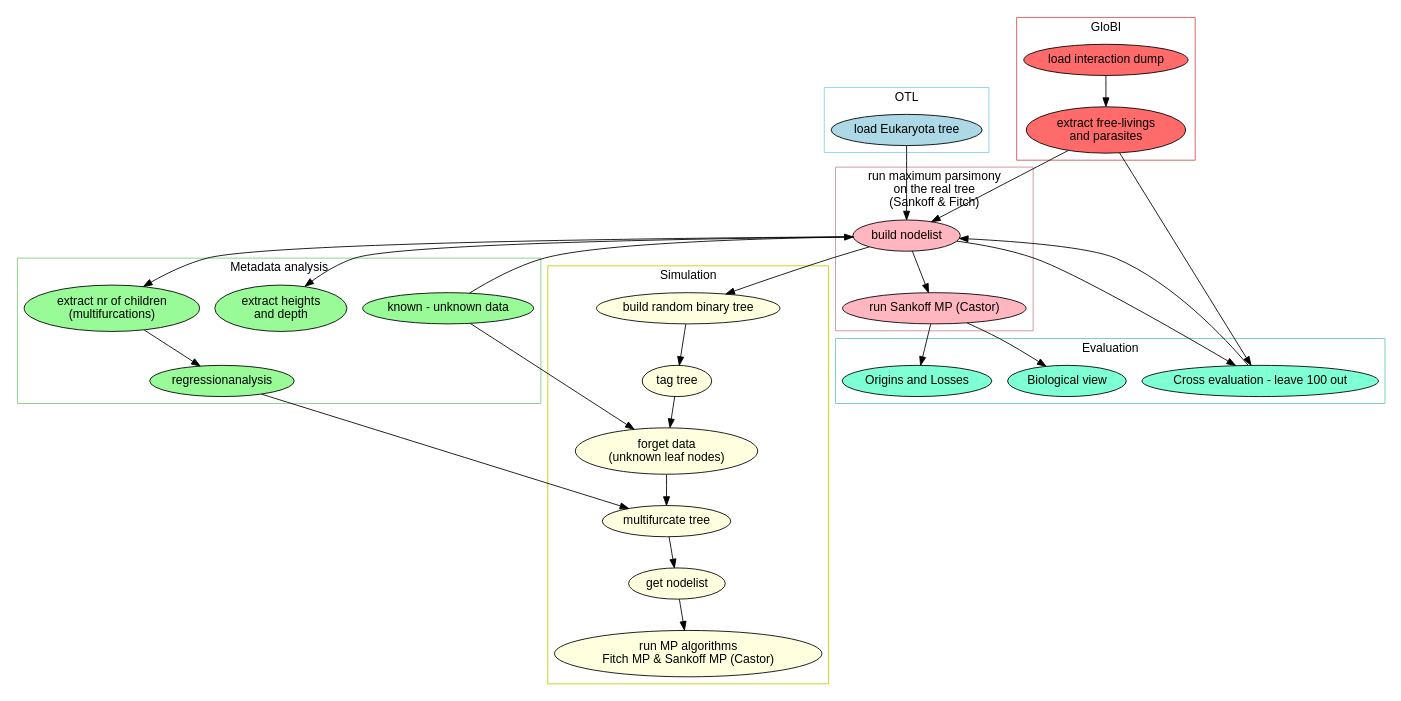
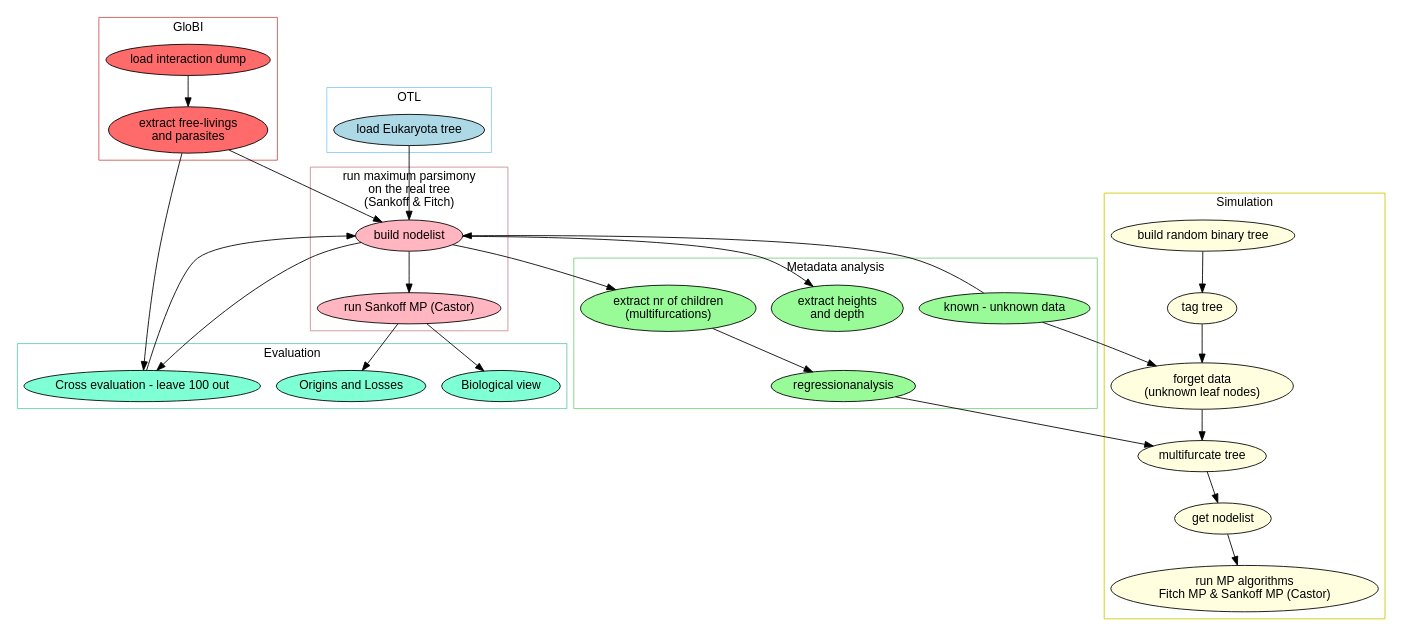
The diagram in Paper - Latex/Figures/Workflow.gv (Irallia/IZW-HU-Parasites), drawn with Graphviz before and after one commit. The commit also changed 5 other files, not shown here.

```diff
--- a/Paper - Latex/Figures/Workflow.gv
+++ b/Paper - Latex/Figures/Workflow.gv
@@ -1,88 +1,87 @@
 digraph G {
 	graph[fontname="arial"]
 	node [style=filled, fontname="arial"];
 
 	subgraph cluster_0 {
 		label = "GloBI";
 		node [fillcolor=indianred1];
 		color=indianred3;
 		a0 -> a1;
 	}
 
 	a0 [label = "load interaction dump"]
 	a1 [label = "extract free-livings \n and parasites"]
 
 	subgraph cluster_1 {
 		label = "OTL";
 		node [fillcolor=lightblue];
 		color=lightskyblue
 		b0;
 	}
 
 	b0 [label = "load Eukaryota tree"]
 
 	subgraph cluster_2 {
 		label = "Metadata analysis";
 		node [fillcolor=palegreen];
 		color=palegreen3
 		c0;
 		c1;
 		c2 -> c3;
 	}
 
 	c0 [label = "known - unknown data"]
 	c1 [label = "extract heights \n and depth"]
 	c2 [label = "extract nr of children \n (multifurcations)"]
 	c3 [label = "regressionanalysis"]
 
 	subgraph cluster_3 {
 		label = "Simulation";
 		node [fillcolor=lightyellow];
 		color=yellow3
 		d0 -> d1 -> d2 -> d3 -> d4 -> d5;
 	}
 
 	d0 [label = "build random binary tree"]
 	d1 [label = "tag tree"]
 	d2 [label = "forget data \n (unknown leaf nodes)"]
 	d3 [label = "multifurcate tree"]
 	d4 [label = "get nodelist"]
 	d5 [label = "run MP algorithms \n Fitch MP & Sankoff MP (Castor) "]
 
 	subgraph cluster_4 {
 		label = "run maximum parsimony \n on the real tree \n (Sankoff & Fitch)";
 		node [fillcolor=lightpink];
 		color=lightpink3
 		e0 -> e1;
 	}
 	
 	e0 [label = "build nodelist"]
 	e1 [label = "run Sankoff MP (Castor)"]
 	
 	subgraph cluster_5 {
 		label = "Evaluation";
 		node [fillcolor=aquamarine];
 		color=aquamarine3
 		f0;
 		f1;
 		f2;
 	}
 
 	f0 [label = "Biological view"]
 	f1 [label = "Origins and Losses"]
 	f2 [label = "Cross evaluation - leave 100 out"]
 
 	a1 -> e0;
 	a1 -> f2;
 	b0 -> e0;
 	c0 -> d2;
 	c0 -> e0;
 	c3 -> d3;
 	e0 -> c1;
 	e0 -> c2;
-	e0 -> d0;
 	e0 -> f2;
 	e1 -> f0;
 	e1 -> f1;
 	f2 -> e0;
 }
```
